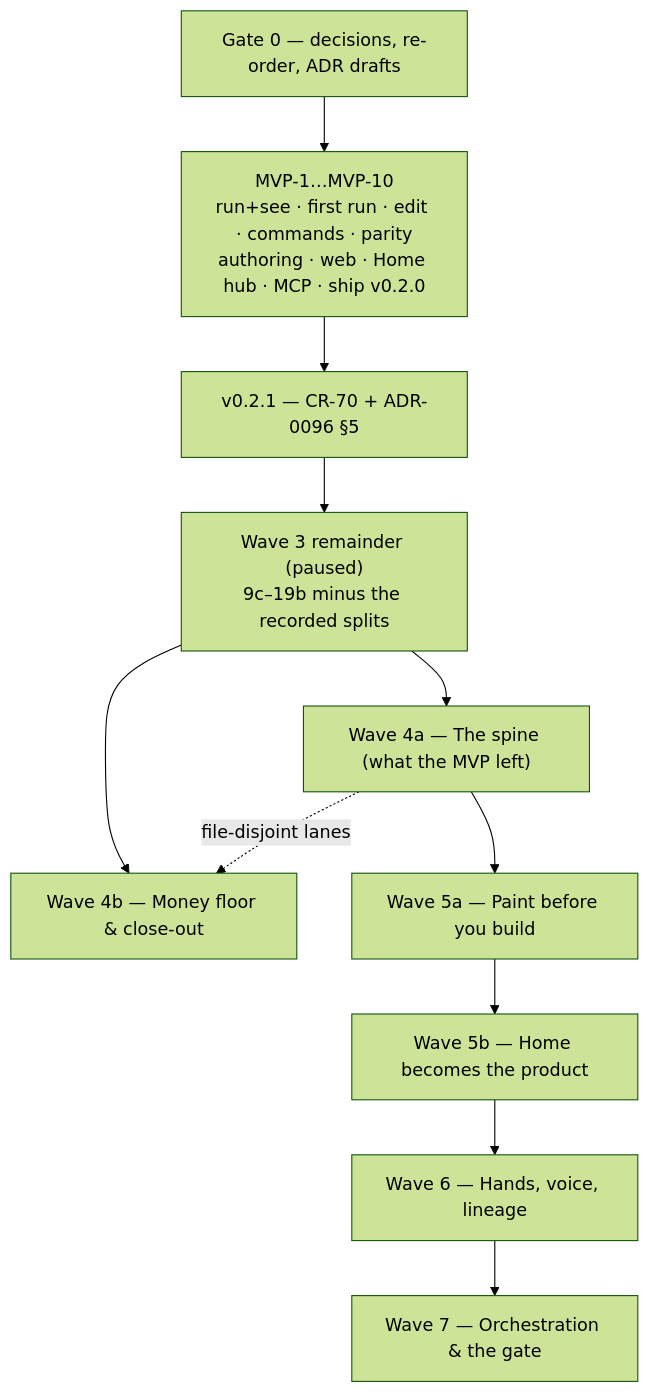
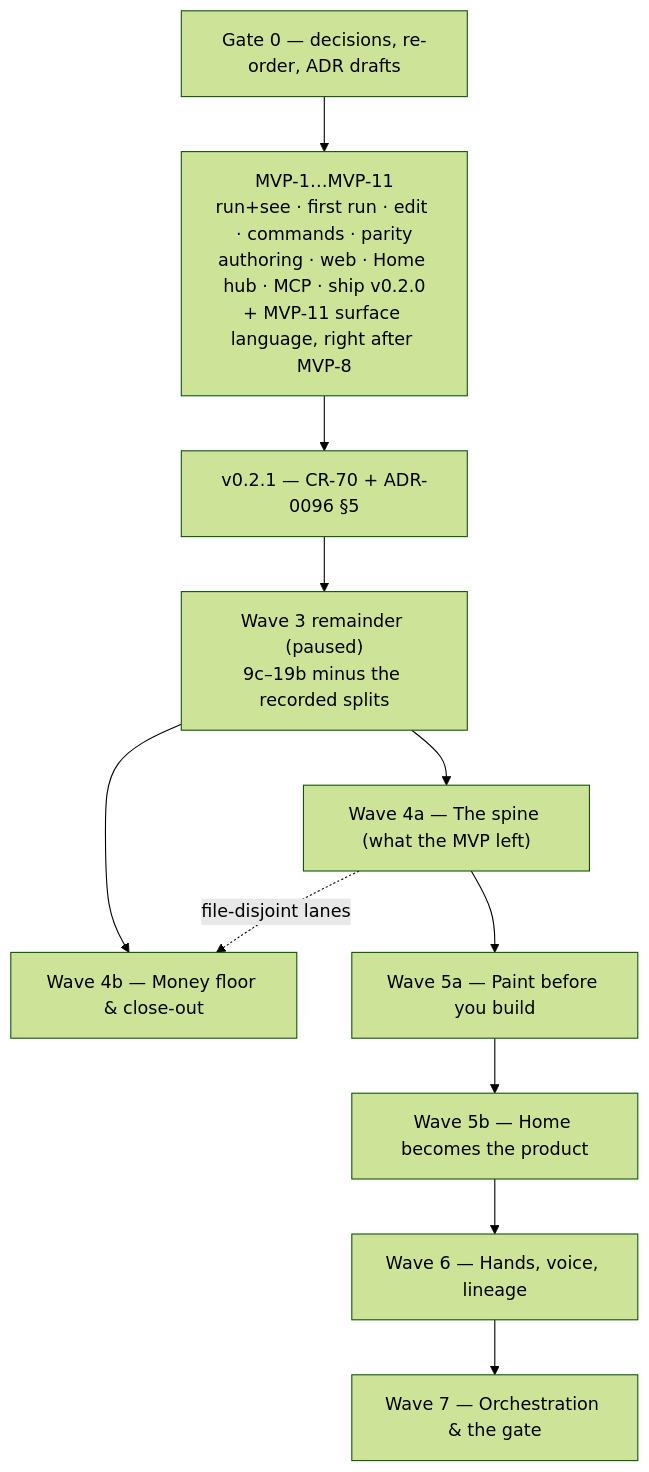
Before and after one commit to HodeTech/Relavium: the diagram in docs/roadmap/current.md, drawn with Mermaid (forest theme). The commit also changed other lines of this file and 36 other files, not shown here.

````diff
--- a/docs/roadmap/current.md
+++ b/docs/roadmap/current.md
@@ -527,16 +530,16 @@
 ```mermaid
 flowchart TD
     G0["Gate 0 — decisions, re-order, ADR drafts"]
-    MVP["MVP-1…MVP-10<br/>run+see · first run · edit · commands · parity<br/>authoring · web · Home hub · MCP · ship v0.2.0"]
+    MVP["MVP-1…MVP-11<br/>run+see · first run · edit · commands · parity<br/>authoring · web · Home hub · MCP · ship v0.2.0<br/>+ MVP-11 surface language, right after MVP-8"]
     R021["v0.2.1 — CR-70 + ADR-0096 §5"]
     W3["Wave 3 remainder (paused)<br/>9c–19b minus the recorded splits"]
     W4a["Wave 4a — The spine (what the MVP left)"]
     W4b["Wave 4b — Money floor & close-out"]
     W5a["Wave 5a — Paint before you build"]
     W5b["Wave 5b — Home becomes the product"]
     W6["Wave 6 — Hands, voice, lineage"]
     W7["Wave 7 — Orchestration & the gate"]
     G0 --> MVP --> R021 --> W3 --> W4a --> W5a --> W5b --> W6 --> W7
     W3 --> W4b
     W4a -.->|file-disjoint lanes| W4b
 ```
````
